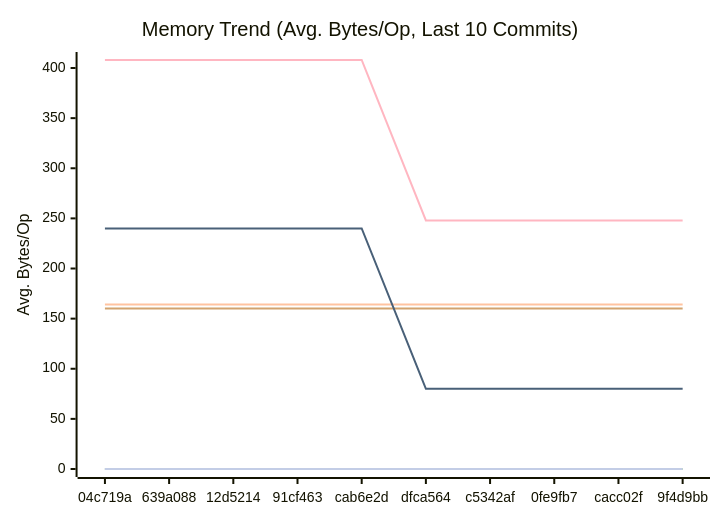
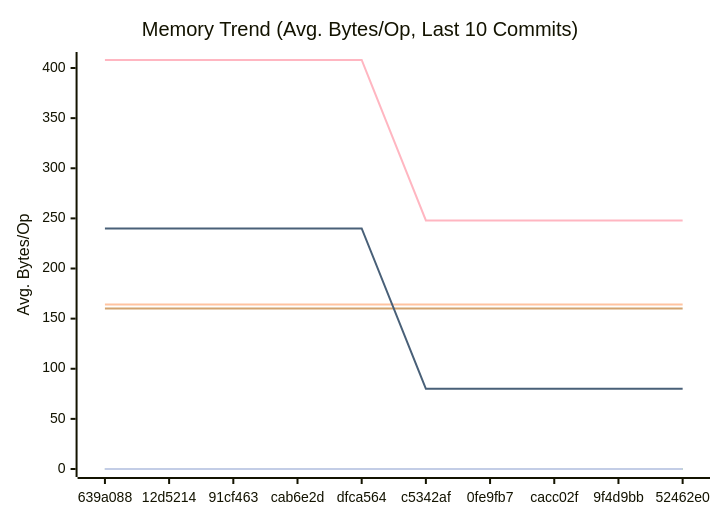
Before and after one commit to alsotoes/momo: the second of 3 diagrams in docs/PERFORMANCE.md, drawn with Mermaid. The commit also changed other lines of this file and 2 other files, not shown here.

````diff
--- a/docs/PERFORMANCE.md
+++ b/docs/PERFORMANCE.md
@@ -97,16 +97,16 @@
 ```mermaid
 xychart-beta
     title "Memory Trend (Avg. Bytes/Op, Last 10 Commits)"
     x-axis "Commit"
     y-axis "Avg. Bytes/Op"
-    x-axis [04c719a,639a088,12d5214,91cf463,cab6e2d,dfca564,c5342af,0fe9fb7,cacc02f,9f4d9bb]
+    x-axis [639a088,12d5214,91cf463,cab6e2d,dfca564,c5342af,0fe9fb7,cacc02f,9f4d9bb,52462e0]
     line "CheckMetricsAndSwap" [0,0,0,0,0,0,0,0,0,0]
     line "CrushOptimized" [0,0,0,0,0,0,0,0,0,0]
     line "CrushOriginal" [164,164,164,164,164,164,164,164,164,164]
     line "IndexDirectTracking" [0,0,0,0,0,0,0,0,0,0]
     line "IndexSearch" [0,0,0,0,0,0,0,0,0,0]
     line "LoadGlobalConfig" [160,160,160,160,160,160,160,160,160,160]
     line "PadString" [0,0,0,0,0,0,0,0,0,0]
     line "ParseReplicationOrder_NoPrealloc" [408,408,408,408,408,248,248,248,248,248]
     line "ParseReplicationOrder_Prealloc" [240,240,240,240,240,80,80,80,80,80]
 ```
````
